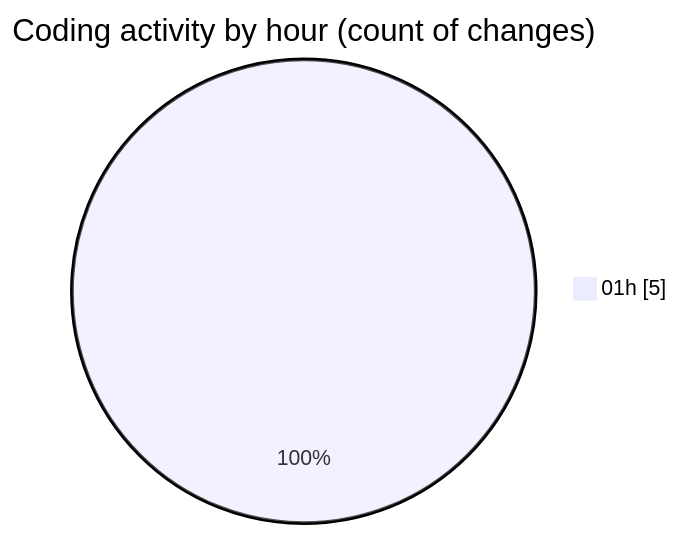
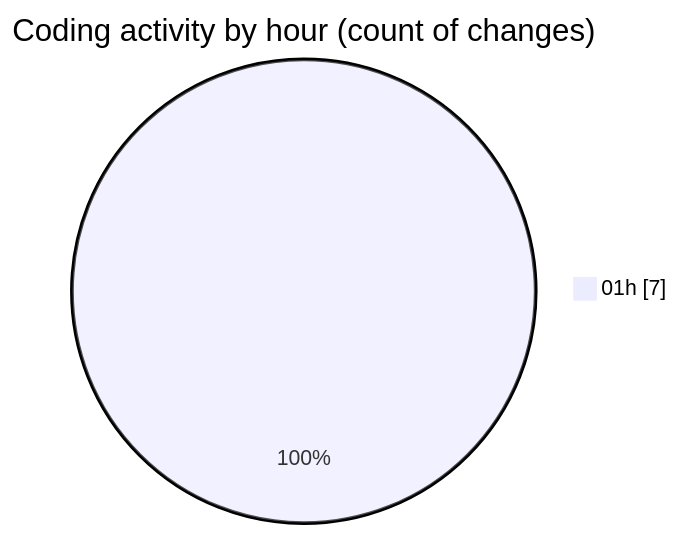
The second of 2 diagrams in 2025-06-20/3d-gsap-scroll-template-main/README.md (JenPaints/code-tracking), drawn with Mermaid before and after one commit. The commit also changed other lines of this file and 1 other file, not shown here.

````diff
--- a/2025-06-20/3d-gsap-scroll-template-main/README.md
+++ b/2025-06-20/3d-gsap-scroll-template-main/README.md
@@ -29,5 +30,5 @@
 ```mermaid
 pie showData
 title Coding activity by hour (count of changes)
-"01h" : 5
+"01h" : 7
 ```
````
